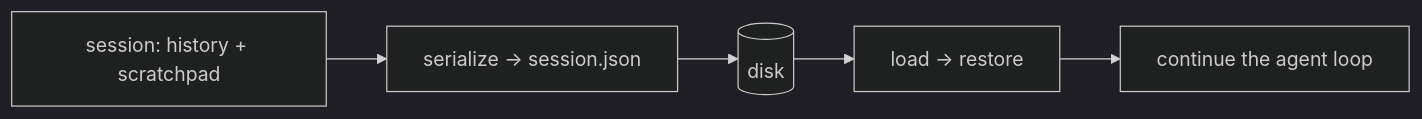
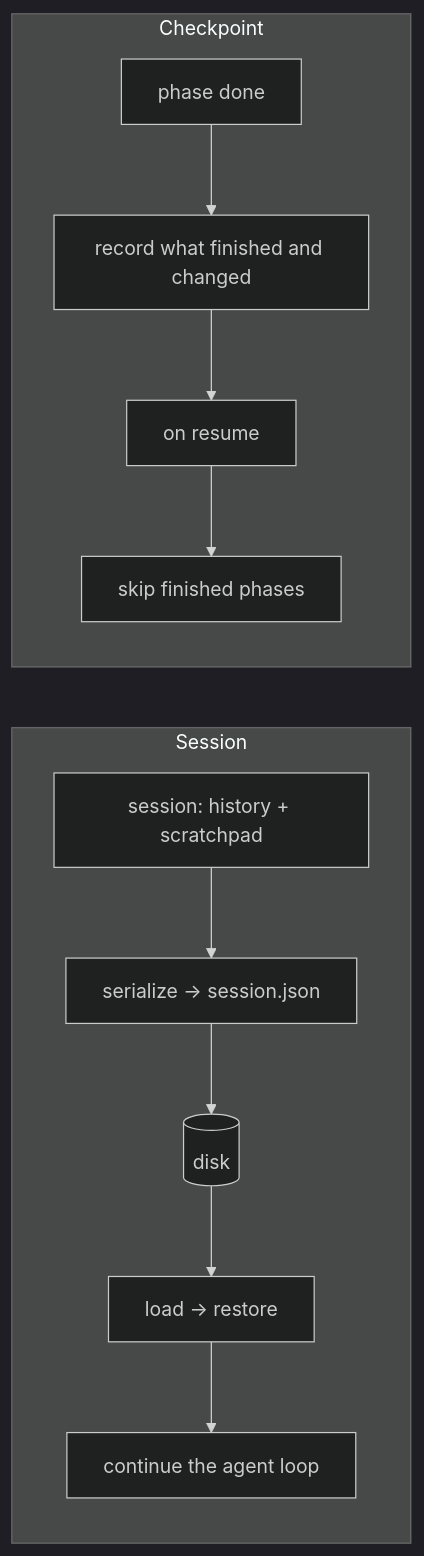
One commit to aakashagg123/gatsby changed the diagram in harness-engineering/phases/03-context-and-memory/04-persist-resume-and-checkpoints/docs/en.md. Above: the diagram before and after it, drawn with Mermaid (dark theme). The commit also changed 7 other files, not shown here.

First line of the commit message:
Harness trim: delete folded lessons, fix link, sync diagrams, update tracker

````diff
--- a/harness-engineering/phases/03-context-and-memory/04-persist-resume-and-checkpoints/docs/en.md
+++ b/harness-engineering/phases/03-context-and-memory/04-persist-resume-and-checkpoints/docs/en.md
@@ -19,7 +19,14 @@
 ```mermaid
 flowchart LR
-  S["session: history + scratchpad"] --> J["serialize → session.json"]
-  J --> D[("disk")]
-  D --> L["load → restore"]
-  L --> C["continue the agent loop"]
+  subgraph Session
+    S["session: history + scratchpad"] --> J["serialize → session.json"]
+    J --> D[("disk")]
+    D --> L["load → restore"]
+    L --> C["continue the agent loop"]
+  end
+  subgraph Checkpoint
+    P["phase done"] --> R["record what finished and changed"]
+    R --> O["on resume"]
+    O --> K["skip finished phases"]
+  end
 ```
````
